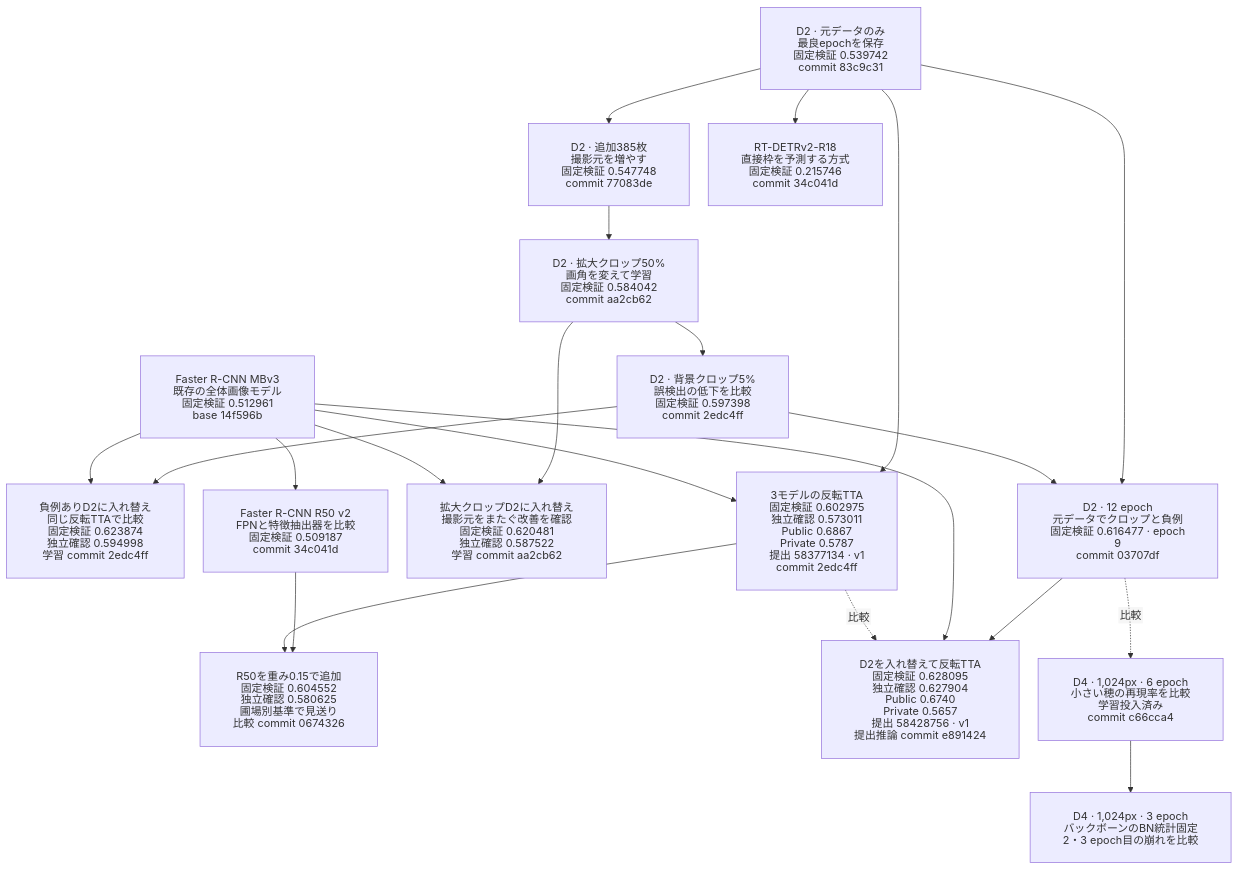
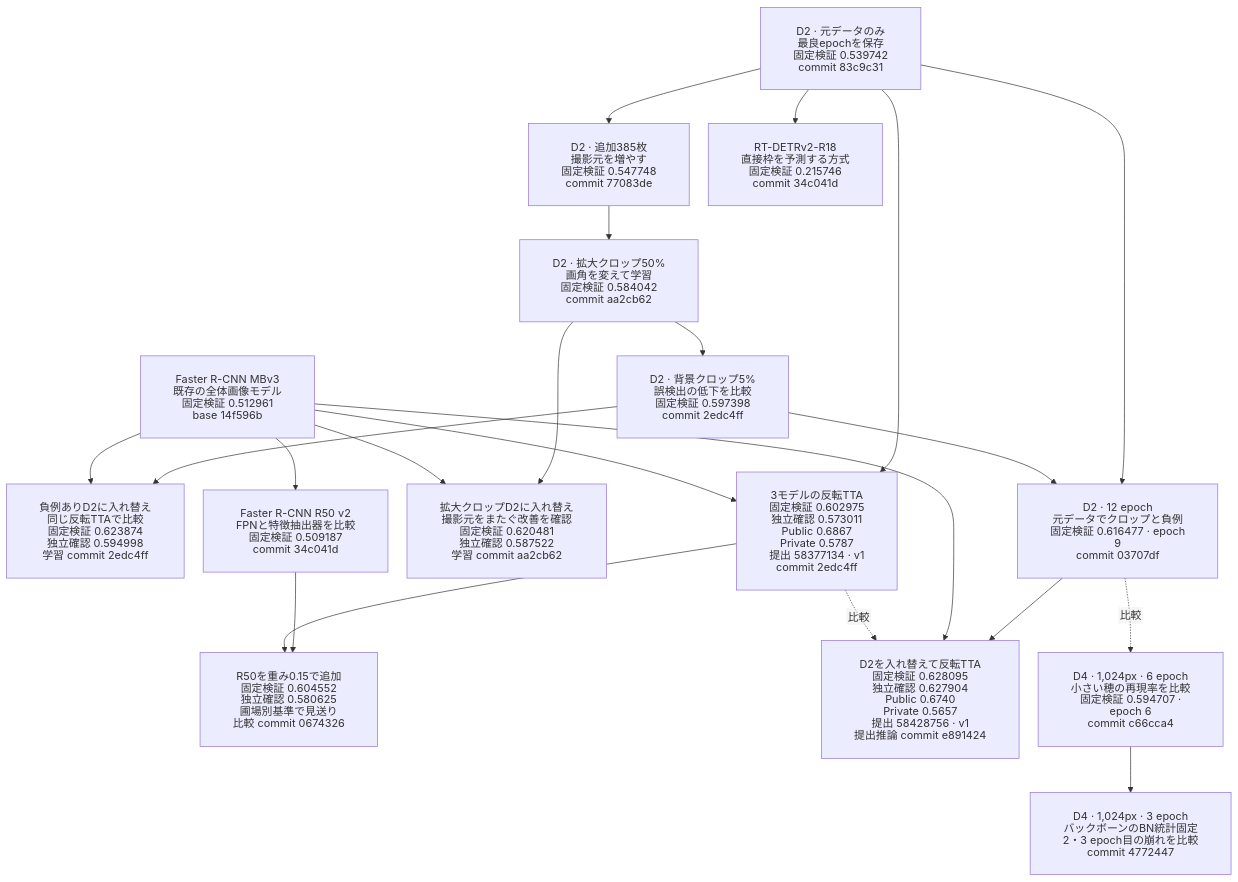
Before and after one commit to Yutarotaro/kaggle-global-wheat-detection: the fifth of 5 diagrams in docs/experiment-lineage.md, drawn with Mermaid. The commit also changed 1 other file, not shown here.

Commit message:
docs: 元のD4の結果と対照実験のKaggle実行を記録する

````diff
--- a/docs/experiment-lineage.md
+++ b/docs/experiment-lineage.md
@@ -164,38 +164,38 @@
 ```mermaid
 %%{init: {"htmlLabels": false, "flowchart": {"padding": 24, "nodeSpacing": 28}}}%%
 flowchart TB
     M["Faster R-CNN MBv3<br/>既存の全体画像モデル<br/>固定検証 0.512961<br/>base 14f596b"]
     D["D2 · 元データのみ<br/>最良epochを保存<br/>固定検証 0.539742<br/>commit 83c9c31"]
     F["D2 · 追加385枚<br/>撮影元を増やす<br/>固定検証 0.547748<br/>commit 77083de"]
     C["D2 · 拡大クロップ50%<br/>画角を変えて学習<br/>固定検証 0.584042<br/>commit aa2cb62"]
     N["D2 · 背景クロップ5%<br/>誤検出の低下を比較<br/>固定検証 0.597398<br/>commit 2edc4ff"]
     U["負例ありD2に入れ替え<br/>同じ反転TTAで比較<br/>固定検証 0.623874<br/>独立確認 0.594998<br/>学習 commit 2edc4ff"]
     S["3モデルの反転TTA<br/>固定検証 0.602975<br/>独立確認 0.573011<br/>Public 0.6867<br/>Private 0.5787<br/>提出 58377134 · v1<br/>commit 2edc4ff"]
     Z["拡大クロップD2に入れ替え<br/>撮影元をまたぐ改善を確認<br/>固定検証 0.620481<br/>独立確認 0.587522<br/>学習 commit aa2cb62"]
     T["RT-DETRv2-R18<br/>直接枠を予測する方式<br/>固定検証 0.215746<br/>commit 34c041d"]
     R["Faster R-CNN R50 v2<br/>FPNと特徴抽出器を比較<br/>固定検証 0.509187<br/>commit 34c041d"]
     R15["R50を重み0.15で追加<br/>固定検証 0.604552<br/>独立確認 0.580625<br/>圃場別基準で見送り<br/>比較 commit 0674326"]
     L["D2 · 12 epoch<br/>元データでクロップと負例<br/>固定検証 0.616477 · epoch 9<br/>commit 03707df"]
     P["D2を入れ替えて反転TTA<br/>固定検証 0.628095<br/>独立確認 0.627904<br/>Public 0.6740<br/>Private 0.5657<br/>提出 58428756 · v1<br/>提出推論 commit e891424"]
-    D4["D4 · 1,024px · 6 epoch<br/>小さい穂の再現率を比較<br/>学習投入済み<br/>commit c66cca4"]
-    DB["D4 · 1,024px · 3 epoch<br/>バックボーンのBN統計固定<br/>2・3 epoch目の崩れを比較"]
+    D4["D4 · 1,024px · 6 epoch<br/>小さい穂の再現率を比較<br/>固定検証 0.594707 · epoch 6<br/>commit c66cca4"]
+    DB["D4 · 1,024px · 3 epoch<br/>バックボーンのBN統計固定<br/>2・3 epoch目の崩れを比較<br/>commit 4772447"]
 
     D --> F --> C --> N
     C --> Z
     M --> Z
     D --> S
     M --> S
     D --> T
     D --> L
     N --> L
     N --> U
     M --> U
     M --> R
     R --> R15
     S --> R15
     L --> P
     M --> P
     S -. 比較 .-> P
     L -. 比較 .-> D4
     D4 --> DB
 ```
````
